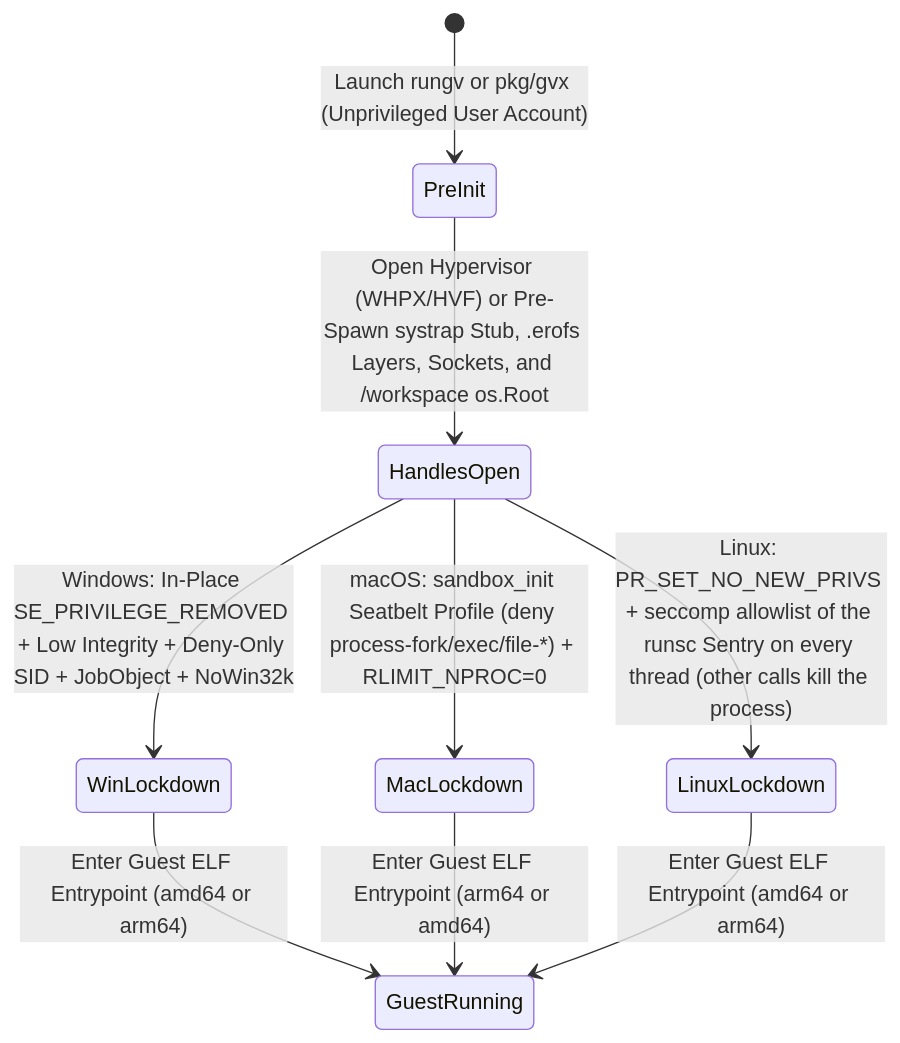
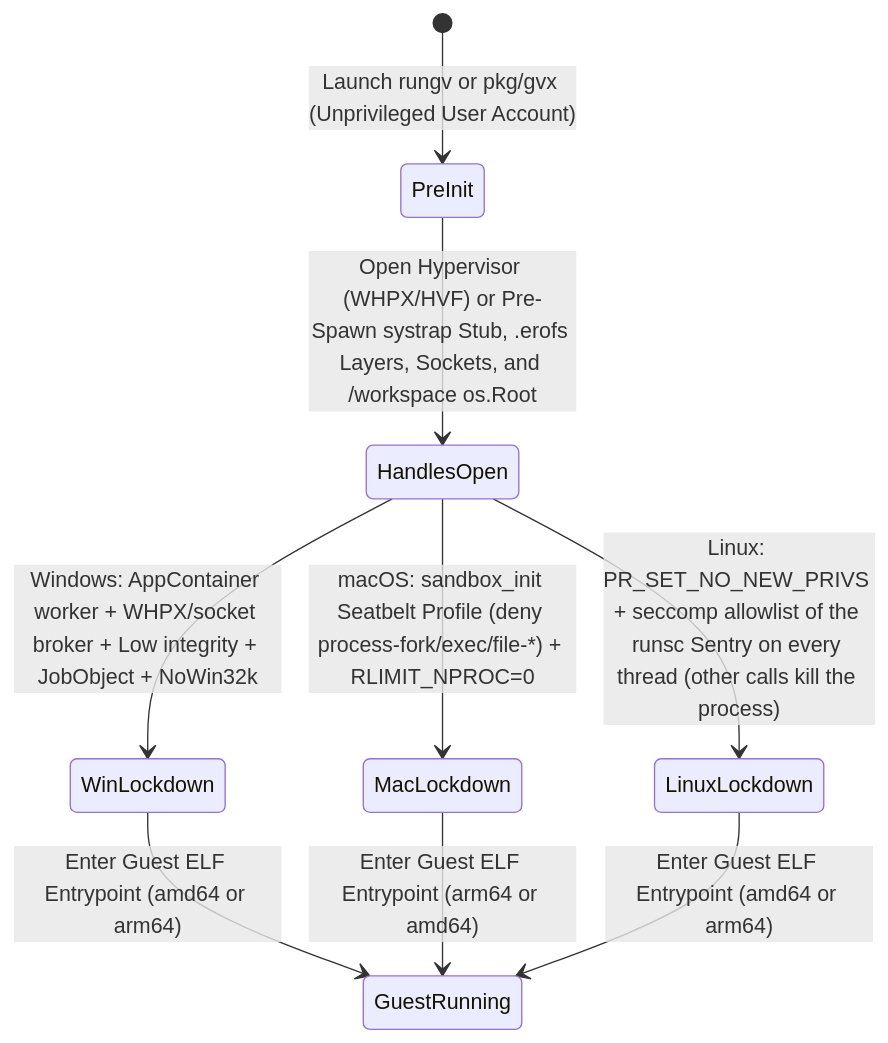
The seventh of 7 diagrams in docs/architecture.md (gfire-sigs/gvx), drawn with Mermaid before and after one commit. The commit also changed other lines of this file and 14 other files, not shown here.

Commit message:
Run Windows Sentry in an isolated worker by default

````diff
--- a/docs/architecture.md
+++ b/docs/architecture.md
@@ -458,11 +459,11 @@
 ```mermaid
 stateDiagram-v2
     [*] --> PreInit: Launch rungv or pkg/gvx (Unprivileged User Account)
     PreInit --> HandlesOpen: Open Hypervisor (WHPX/HVF) or Pre-Spawn systrap Stub, .erofs Layers, Sockets, and /workspace os.Root
-    HandlesOpen --> WinLockdown: Windows: In-Place SE_PRIVILEGE_REMOVED + Low Integrity + Deny-Only SID + JobObject + NoWin32k
+    HandlesOpen --> WinLockdown: Windows: AppContainer worker + WHPX/socket broker + Low integrity + JobObject + NoWin32k
     HandlesOpen --> MacLockdown: macOS: sandbox_init Seatbelt Profile (deny process-fork/exec/file-*) + RLIMIT_NPROC=0
     HandlesOpen --> LinuxLockdown: Linux: PR_SET_NO_NEW_PRIVS + seccomp allowlist of the runsc Sentry on every thread (other calls kill the process)
     WinLockdown --> GuestRunning: Enter Guest ELF Entrypoint (amd64 or arm64)
     MacLockdown --> GuestRunning: Enter Guest ELF Entrypoint (arm64 or amd64)
     LinuxLockdown --> GuestRunning: Enter Guest ELF Entrypoint (amd64 or arm64)
 ```
````
